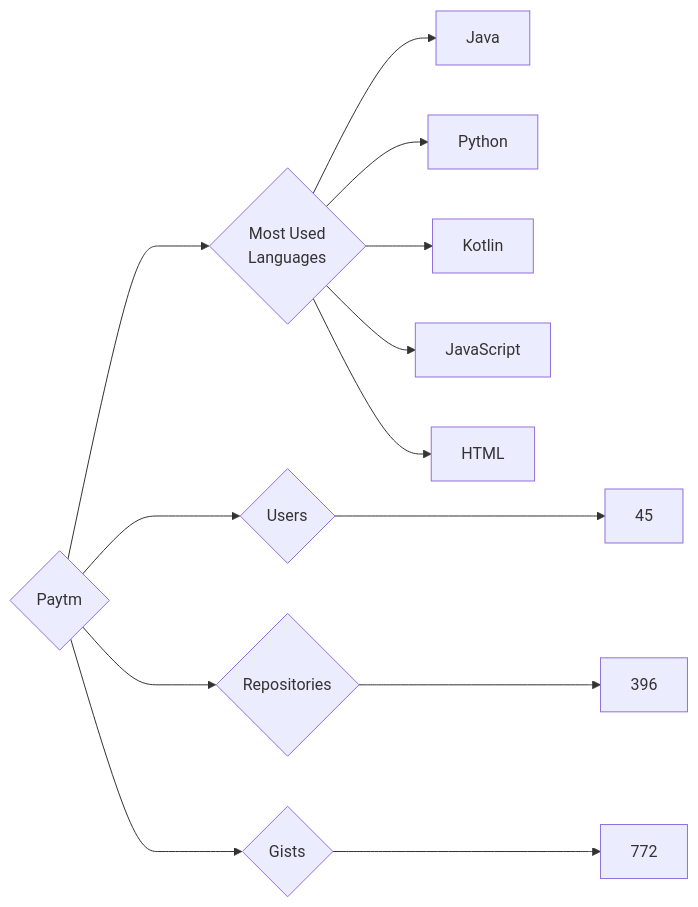
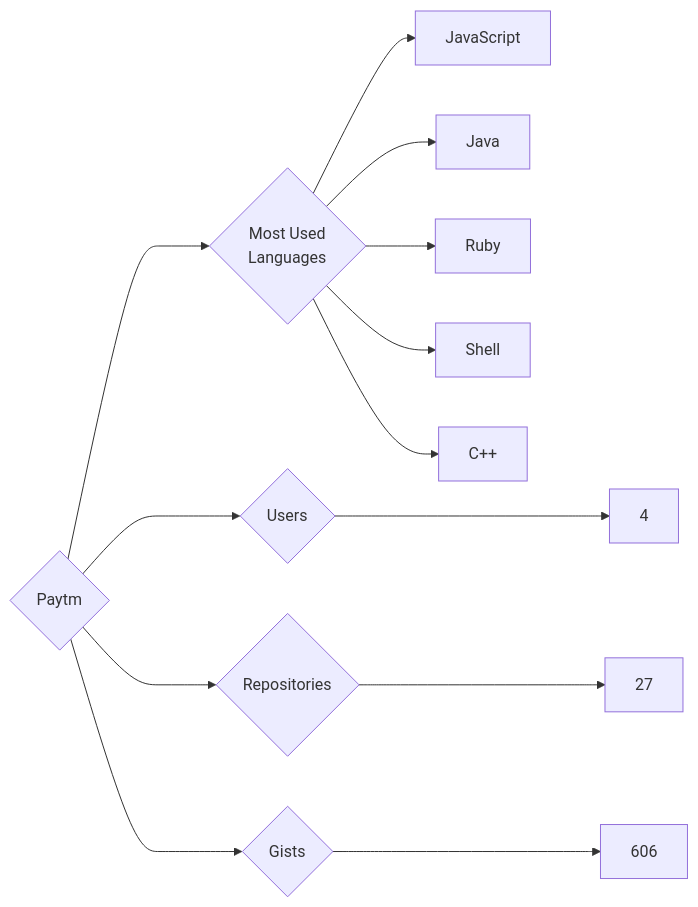
One commit to trickest/insiders changed the diagram in targets/Paytm/README.md. Above: the diagram before and after it, drawn with Mermaid. The commit also changed 878 other files, not shown here.

````diff
--- a/targets/Paytm/README.md
+++ b/targets/Paytm/README.md
@@ -3,13 +3,13 @@
 ```mermaid
 graph LR
 COMPANY_NAME{Paytm}
-COMPANY_NAME ---> U{Users} ---> UN[45]
-COMPANY_NAME ---> R{Repositories} ---> RN[396]
-COMPANY_NAME ---> G{Gists} ---> GN[772]
+COMPANY_NAME ---> U{Users} ---> UN[4]
+COMPANY_NAME ---> R{Repositories} ---> RN[27]
+COMPANY_NAME ---> G{Gists} ---> GN[606]
 COMPANY_NAME ---> ML{Most Used<br>Languages}
+ML --> JavaScript[JavaScript]
 ML --> Java[Java]
-ML --> Python[Python]
-ML --> Kotlin[Kotlin]
-ML --> JavaScript[JavaScript]
-ML --> HTML[HTML]
+ML --> Ruby[Ruby]
+ML --> Shell[Shell]
+ML --> C++[C++]
 ```
````
